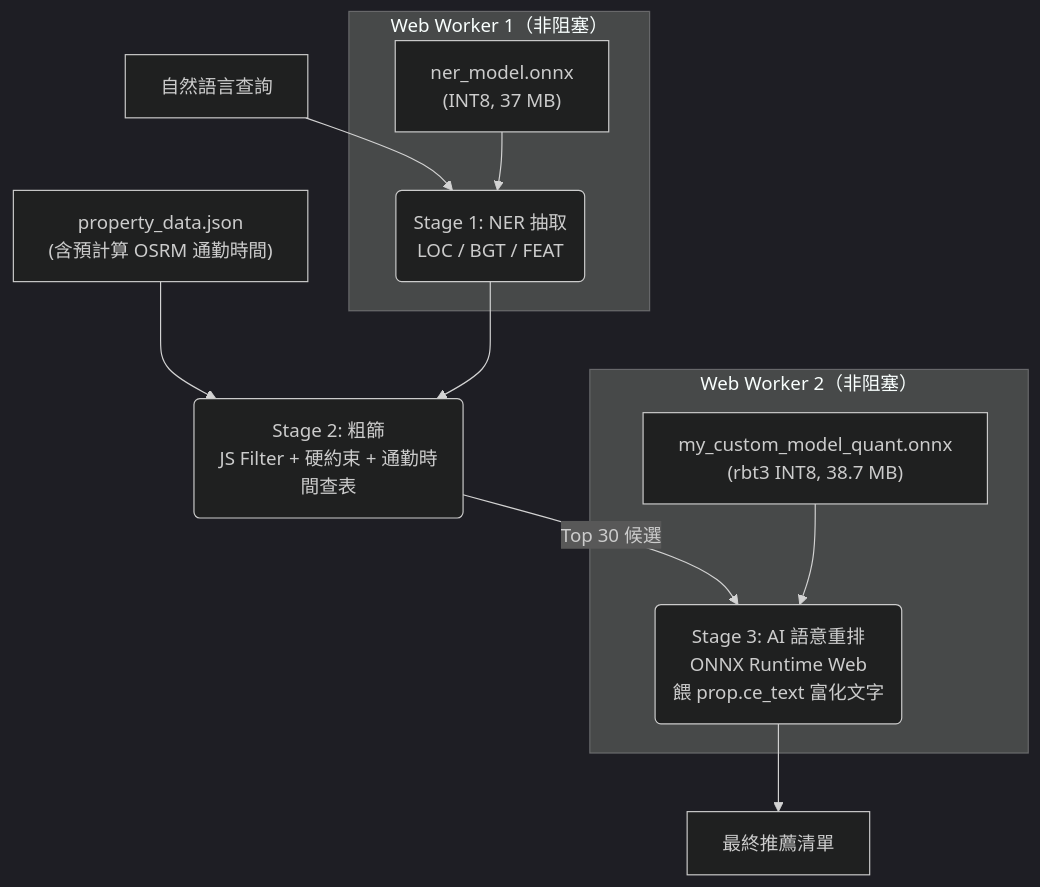
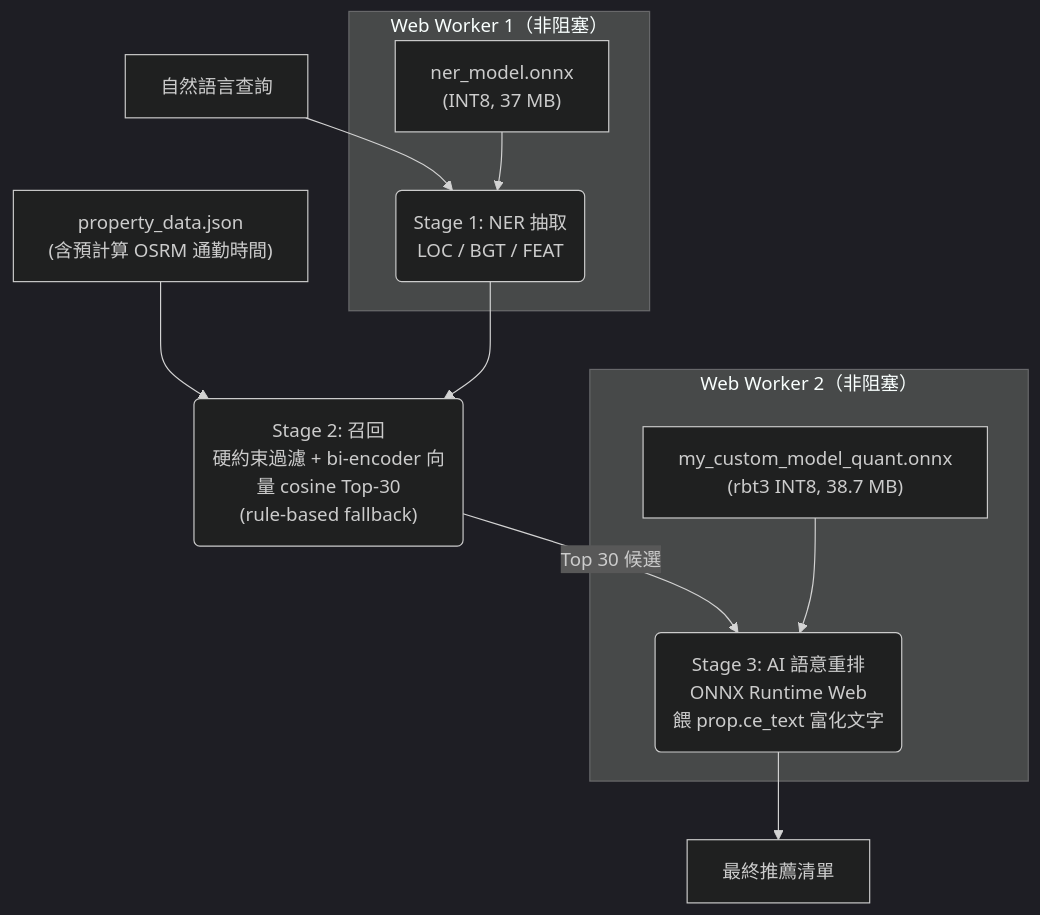
One commit to eric20041027/nchu-edge-rental-ai changed the second of 2 diagrams in README.md. Above: the diagram before and after it, drawn with Mermaid (dark theme). The commit also changed other lines of this file and 3 other files, not shown here.

````diff
--- a/README.md
+++ b/README.md
@@ -107,18 +109,18 @@
 ```mermaid
 graph TD
     PD["property_data.json\n(含預計算 OSRM 通勤時間)"] --> C
     Q["自然語言查詢"] --> W1
 
     subgraph WK1["Web Worker 1（非阻塞）"]
         NM["ner_model.onnx\n(INT8, 37 MB)"] --> W1("Stage 1: NER 抽取\nLOC / BGT / FEAT")
     end
 
-    W1 --> C("Stage 2: 粗篩\nJS Filter + 硬約束 + 通勤時間查表")
+    W1 --> C("Stage 2: 召回\n硬約束過濾 + bi-encoder 向量 cosine Top-30\n(rule-based fallback)")
     C -- "Top 30 候選" --> W2
 
     subgraph WK2["Web Worker 2（非阻塞）"]
         CE["my_custom_model_quant.onnx\n(rbt3 INT8, 38.7 MB)"] --> W2("Stage 3: AI 語意重排\nONNX Runtime Web\n餵 prop.ce_text 富化文字")
     end
 
     W2 --> F["最終推薦清單"]
 ```
````
